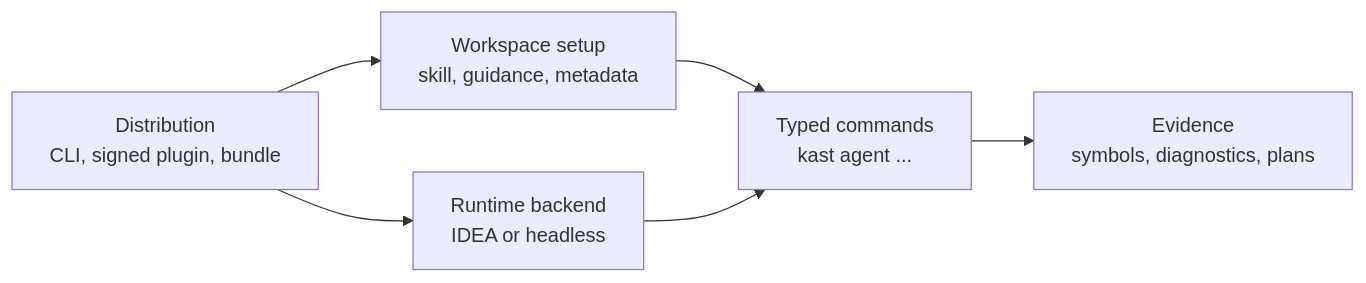
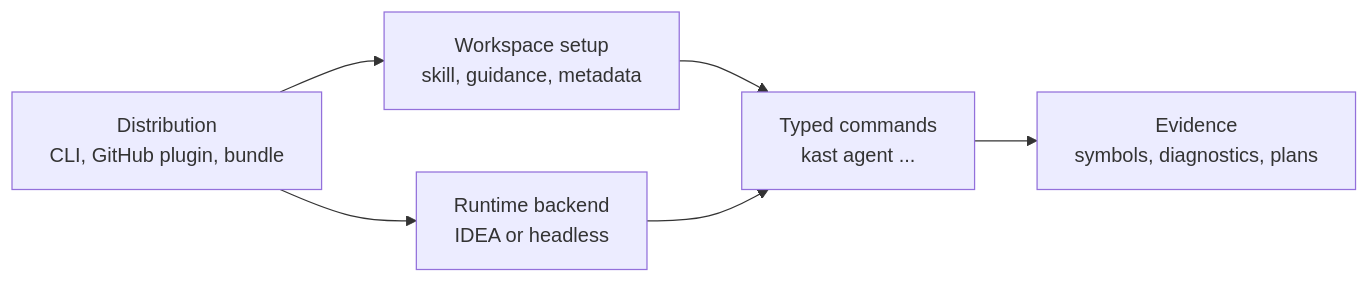
One commit to amichne/kast changed the diagram in docs/index.md. Above: the diagram before and after it, drawn with Mermaid. The commit also changed other lines of this file and 48 other files, not shown here.

First line of the commit message:
refactor: replace signed IDEA publishing with a GitHub feed (#415)

````diff
--- a/docs/index.md
+++ b/docs/index.md
@@ -74,14 +74,14 @@
 ```mermaid
 flowchart LR
-    distribution["Distribution<br/>CLI, signed plugin, bundle"]
+    distribution["Distribution<br/>CLI, GitHub plugin, bundle"]
     setup["Workspace setup<br/>skill, guidance, metadata"]
     runtime["Runtime backend<br/>IDEA or headless"]
     commands["Typed commands<br/>kast agent ..."]
     evidence["Evidence<br/>symbols, diagnostics, plans"]
 
     distribution --> setup
     distribution --> runtime
     setup --> commands
     runtime --> commands
     commands --> evidence
 ```
````
